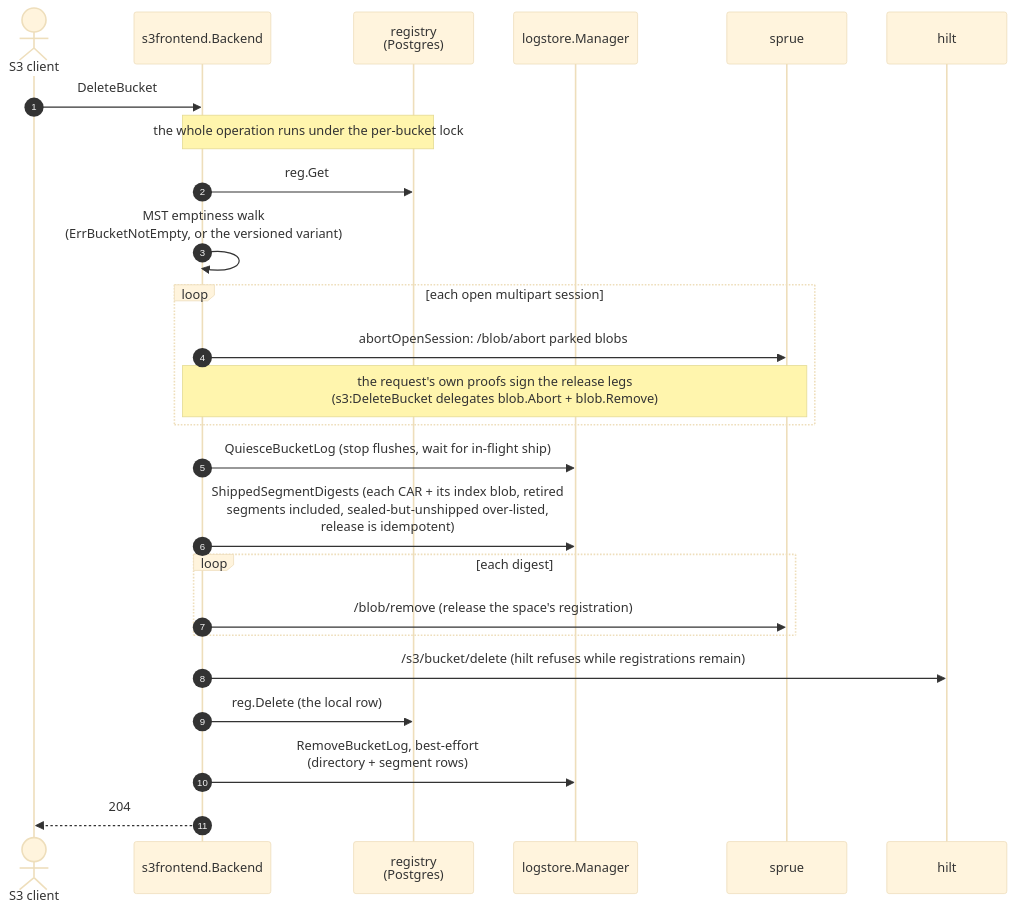
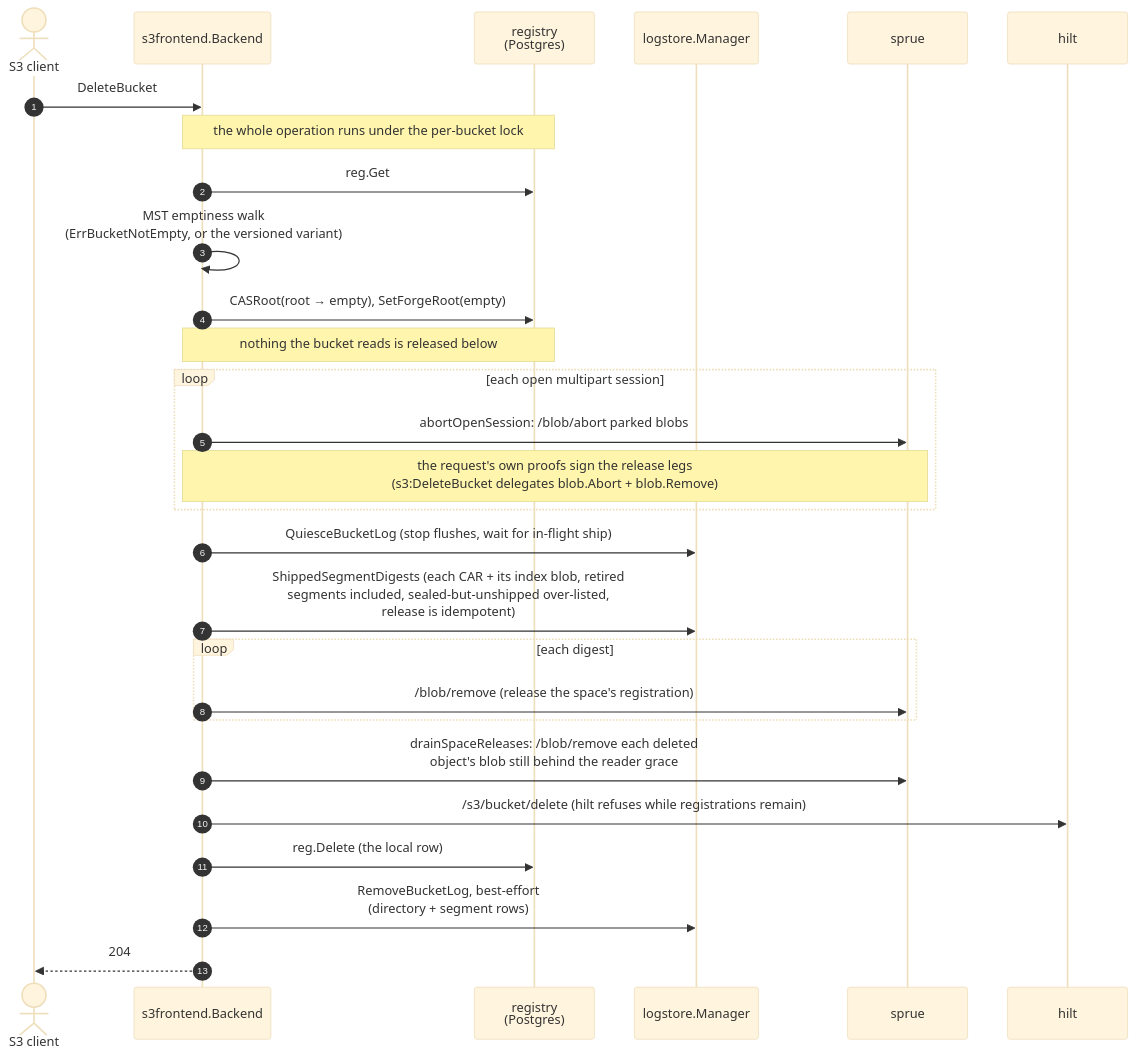
One commit to fil-forge/ingot changed diagram 14 of 14 in docs/diagrams.md. Above: the diagram before and after it, drawn with Mermaid (base theme). The commit also changed other lines of this file and 3 other files, not shown here.

First line of the commit message:
Empty a bucket's root before DeleteBucket releases its catalog

````diff
--- a/docs/diagrams.md
+++ b/docs/diagrams.md
@@ -998,28 +998,31 @@
 ```mermaid
 sequenceDiagram
     autonumber
     actor C as S3 client
     participant B as s3frontend.Backend
     participant R as registry<br/>(Postgres)
     participant L as logstore.Manager
     participant U as sprue
     participant H as hilt
 
     C->>B: DeleteBucket
     Note over B,R: the whole operation runs under the per-bucket lock
     B->>R: reg.Get
     B->>B: MST emptiness walk<br/>(ErrBucketNotEmpty, or the versioned variant)
+    B->>R: CASRoot(root → empty), SetForgeRoot(empty)
+    Note over B,R: nothing the bucket reads is released below
     loop each open multipart session
         B->>U: abortOpenSession: /blob/abort parked blobs
         Note over B,U: the request's own proofs sign the release legs<br/>(s3:DeleteBucket delegates blob.Abort + blob.Remove)
     end
     B->>L: QuiesceBucketLog (stop flushes, wait for in-flight ship)
     B->>L: ShippedSegmentDigests (each CAR + its index blob, retired<br/>segments included, sealed-but-unshipped over-listed,<br/>release is idempotent)
     loop each digest
         B->>U: /blob/remove (release the space's registration)
     end
+    B->>U: drainSpaceReleases: /blob/remove each deleted<br/>object's blob still behind the reader grace
     B->>H: /s3/bucket/delete (hilt refuses while registrations remain)
     B->>R: reg.Delete (the local row)
     B->>L: RemoveBucketLog, best-effort<br/>(directory + segment rows)
     B-->>C: 204
 ```
````
